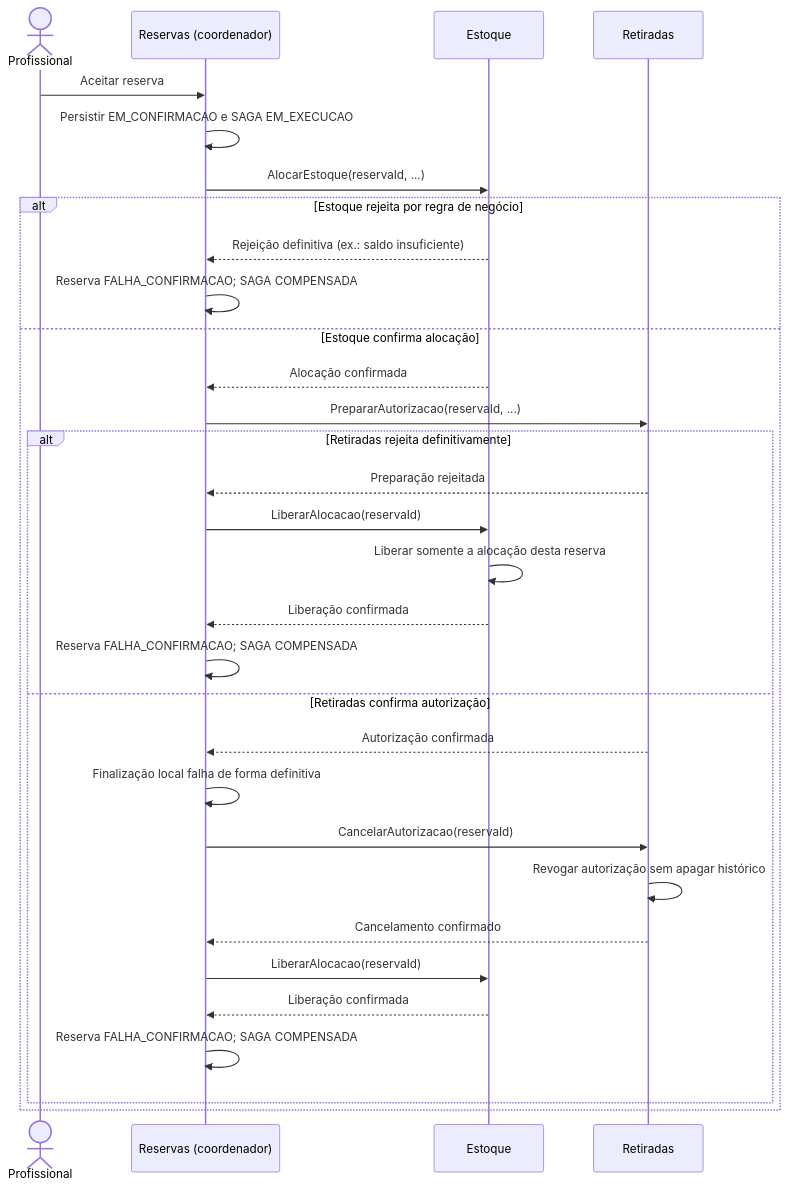
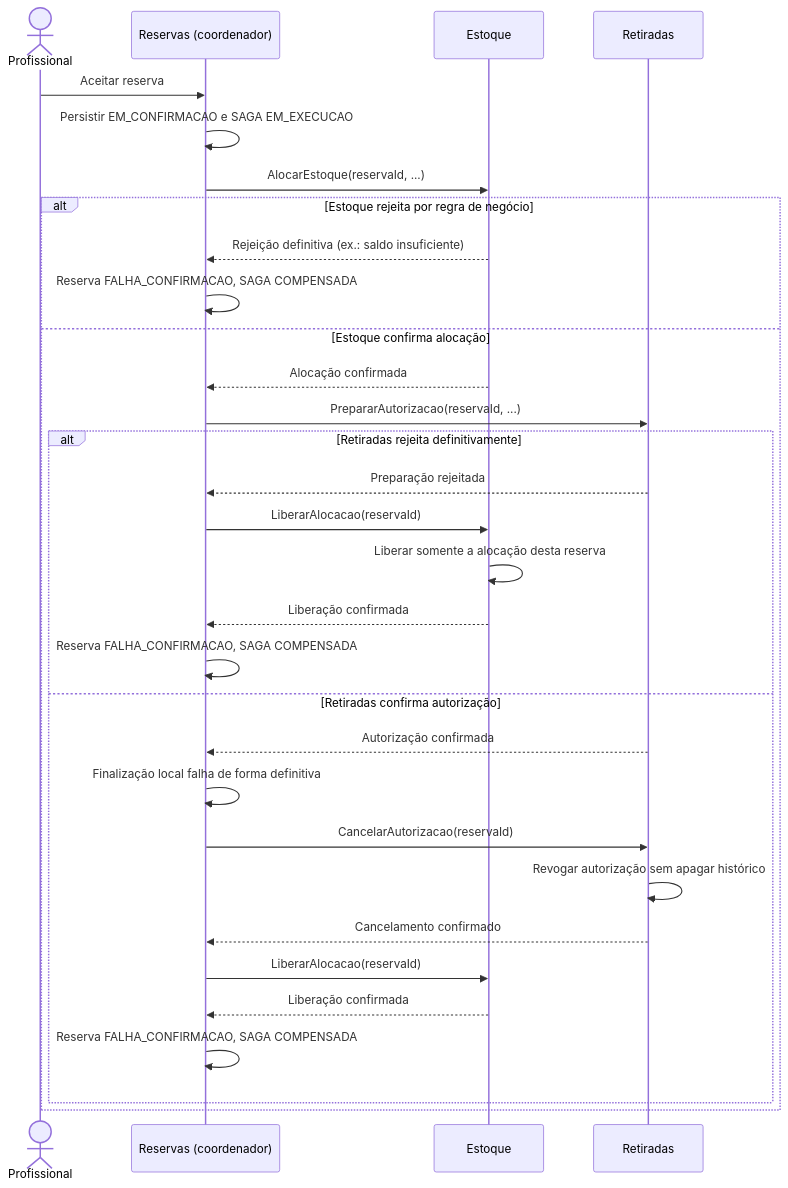
Before and after one commit to ArthurDp78/GlicoAcesso: the diagram in docs/parte-2/diagramas/saga-falha.md, drawn with Mermaid. The commit also changed other lines of this file and 22 other files, not shown here.

````diff
--- a/docs/parte-2/diagramas/saga-falha.md
+++ b/docs/parte-2/diagramas/saga-falha.md
@@ -7,34 +7,34 @@
 ```mermaid
 sequenceDiagram
     actor Profissional
     participant R as Reservas (coordenador)
     participant E as Estoque
     participant T as Retiradas
 
     Profissional->>R: Aceitar reserva
     R->>R: Persistir EM_CONFIRMACAO e SAGA EM_EXECUCAO
     R->>E: AlocarEstoque(reservaId, ...)
     alt Estoque rejeita por regra de negócio
         E-->>R: Rejeição definitiva (ex.: saldo insuficiente)
-        R->>R: Reserva FALHA_CONFIRMACAO#59; SAGA COMPENSADA
+        R->>R: Reserva FALHA_CONFIRMACAO, SAGA COMPENSADA
     else Estoque confirma alocação
         E-->>R: Alocação confirmada
         R->>T: PrepararAutorizacao(reservaId, ...)
         alt Retiradas rejeita definitivamente
             T-->>R: Preparação rejeitada
             R->>E: LiberarAlocacao(reservaId)
             E->>E: Liberar somente a alocação desta reserva
             E-->>R: Liberação confirmada
-            R->>R: Reserva FALHA_CONFIRMACAO#59; SAGA COMPENSADA
+            R->>R: Reserva FALHA_CONFIRMACAO, SAGA COMPENSADA
         else Retiradas confirma autorização
             T-->>R: Autorização confirmada
             R->>R: Finalização local falha de forma definitiva
             R->>T: CancelarAutorizacao(reservaId)
             T->>T: Revogar autorização sem apagar histórico
             T-->>R: Cancelamento confirmado
             R->>E: LiberarAlocacao(reservaId)
             E-->>R: Liberação confirmada
-            R->>R: Reserva FALHA_CONFIRMACAO#59; SAGA COMPENSADA
+            R->>R: Reserva FALHA_CONFIRMACAO, SAGA COMPENSADA
         end
     end
 ```
````
